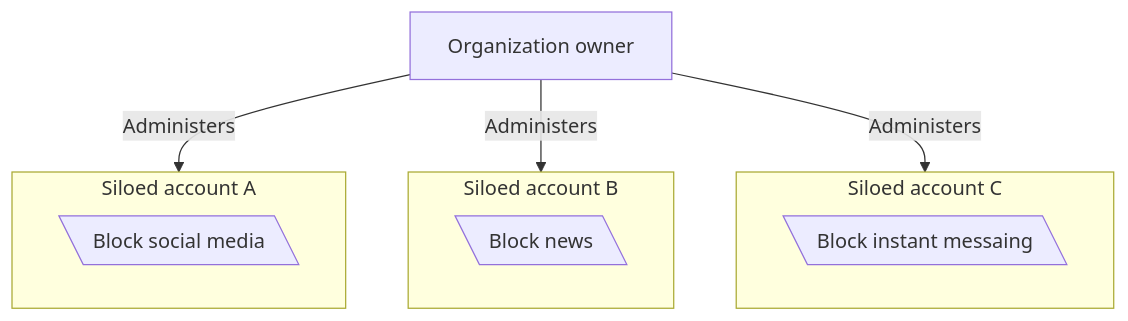
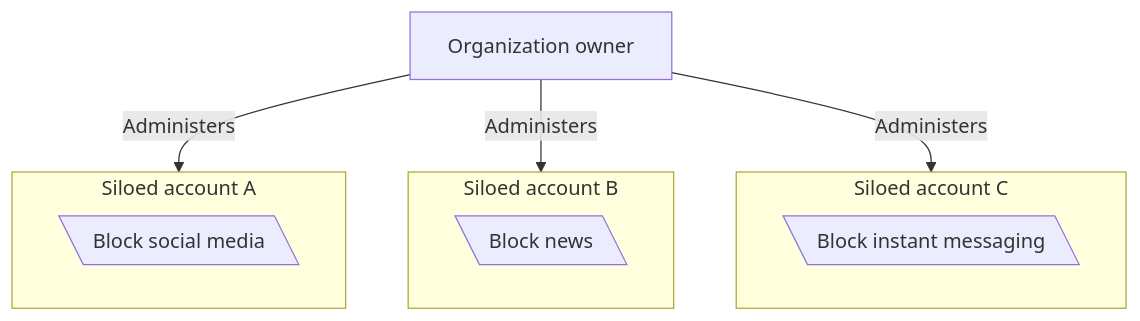
One commit to sofyanori111-png/cloudflare-docs changed the second of 2 diagrams in src/content/docs/cloudflare-one/policies/gateway/tiered-policies/index.mdx. Above: the diagram before and after it, drawn with Mermaid. The commit also changed other lines of this file, not shown here.

````diff
--- a/src/content/docs/cloudflare-one/policies/gateway/tiered-policies/index.mdx
+++ b/src/content/docs/cloudflare-one/policies/gateway/tiered-policies/index.mdx
@@ -76,22 +76,22 @@
 ```mermaid
 flowchart TD
 %% Accessibility
  accTitle: How Gateway policies work in a siloed account configuration
  accDescr: Flowchart describing the order of precedence Gateway applies policies in a siloed account configuration.
 
 %% Flowchart
  subgraph s1["Siloed account A"]
         n1["Block social media"]
   end
  subgraph s2["Siloed account C"]
-        n2["Block instant messaing"]
+        n2["Block instant messaging"]
   end
  subgraph s3["Siloed account B"]
         n3["Block news"]
   end
     A["Organization owner"] -- Administers --> s1 & s3 & s2
 
     n1@{ shape: lean-l}
     n2@{ shape: lean-l}
     n3@{ shape: lean-l}
 ```
````
